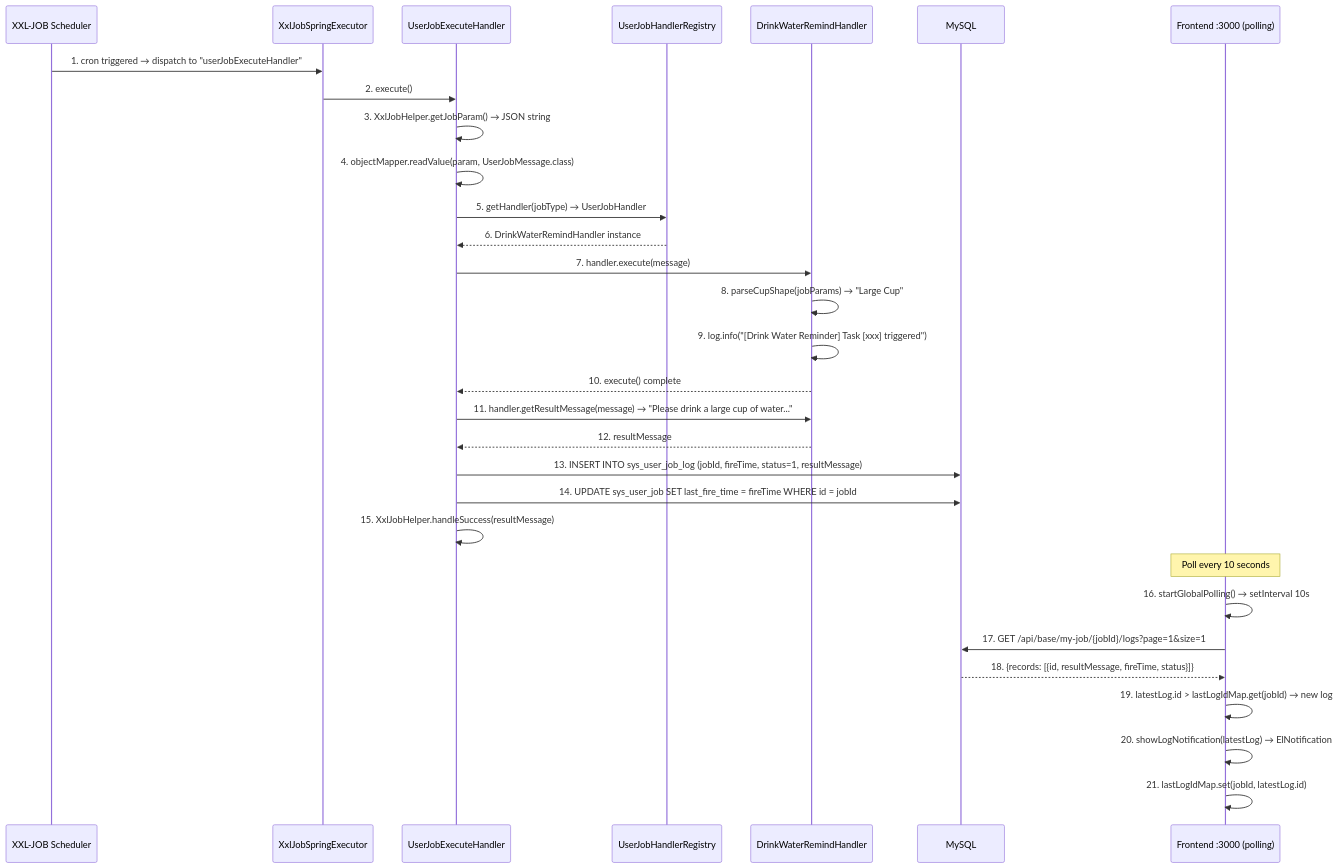
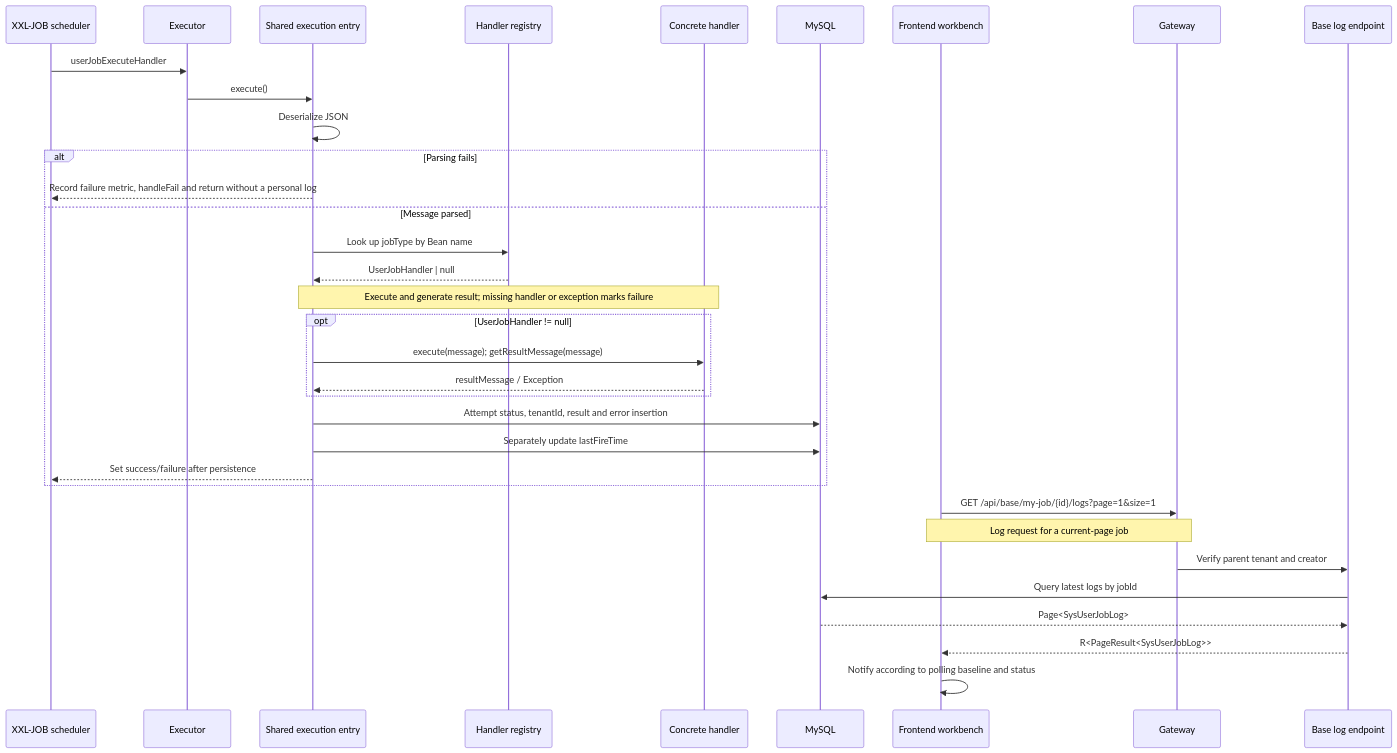
Before and after one commit to wang-baohai/Omni-Stack: diagram 13 of 21 in docs/core-flows.en.md, drawn with Mermaid. The commit also changed other lines of this file and 1095 other files, not shown here.

````diff
--- a/docs/core-flows.en.md
+++ b/docs/core-flows.en.md
@@ -1404,34 +1122,36 @@
 ```mermaid
 sequenceDiagram
-    participant XA as XXL-JOB Scheduler
-    participant XE as XxlJobSpringExecutor
-    participant H as UserJobExecuteHandler
-    participant R as UserJobHandlerRegistry
-    participant DH as DrinkWaterRemindHandler
-    participant M as MySQL
-    participant F as Frontend :3000 (polling)
-
-    XA->>XE: 1. cron triggered → dispatch to "userJobExecuteHandler"
-    XE->>H: 2. execute()
-    H->>H: 3. XxlJobHelper.getJobParam() → JSON string
-    H->>H: 4. objectMapper.readValue(param, UserJobMessage.class)
-    H->>R: 5. getHandler(jobType) → UserJobHandler
-    R-->>H: 6. DrinkWaterRemindHandler instance
-    H->>DH: 7. handler.execute(message)
-    DH->>DH: 8. parseCupShape(jobParams) → "Large Cup"
-    DH->>DH: 9. log.info("[Drink Water Reminder] Task [xxx] triggered")
-    DH-->>H: 10. execute() complete
-    H->>DH: 11. handler.getResultMessage(message) → "Please drink a large cup of water..."
-    DH-->>H: 12. resultMessage
-    H->>M: 13. INSERT INTO sys_user_job_log (jobId, fireTime, status=1, resultMessage)
-    H->>M: 14. UPDATE sys_user_job SET last_fire_time = fireTime WHERE id = jobId
-    H->>H: 15. XxlJobHelper.handleSuccess(resultMessage)
-
-    Note over F: Poll every 10 seconds
-    F->>F: 16. startGlobalPolling() → setInterval 10s
-    F->>M: 17. GET /api/base/my-job/{jobId}/logs?page=1&size=1
-    M-->>F: 18. {records: [{id, resultMessage, fireTime, status}]}
-    F->>F: 19. latestLog.id > lastLogIdMap.get(jobId) → new log
-    F->>F: 20. showLogNotification(latestLog) → ElNotification
-    F->>F: 21. lastLogIdMap.set(jobId, latestLog.id)
+    participant A as XXL-JOB scheduler
+    participant E as Executor
+    participant H as Shared execution entry
+    participant R as Handler registry
+    participant T as Concrete handler
+    participant D as MySQL
+    participant F as Frontend workbench
+    participant G as Gateway
+    participant B as Base log endpoint
+    A->>E: userJobExecuteHandler
+    E->>H: execute()
+    H->>H: Deserialize JSON
+    alt Parsing fails
+        H-->>A: Record failure metric, handleFail and return without a personal log
+    else Message parsed
+        H->>R: Look up jobType by Bean name
+        R-->>H: UserJobHandler | null
+        Note over H,T: Execute and generate result#59; missing handler or exception marks failure
+        opt UserJobHandler != null
+            H->>T: execute(message)#59; getResultMessage(message)
+            T-->>H: resultMessage / Exception
+        end
+        H->>D: Attempt status, tenantId, result and error insertion
+        H->>D: Separately update lastFireTime
+        H-->>A: Set success/failure after persistence
+    end
+    F->>G: GET /api/base/my-job/{id}/logs?page=1&size=1
+    Note over F,G: Log request for a current-page job
+    G->>B: Verify parent tenant and creator
+    B->>D: Query latest logs by jobId
+    D-->>B: Page<SysUserJobLog>
+    B-->>F: R<PageResult<SysUserJobLog>>
+    F->>F: Notify according to polling baseline and status
 ```
````
